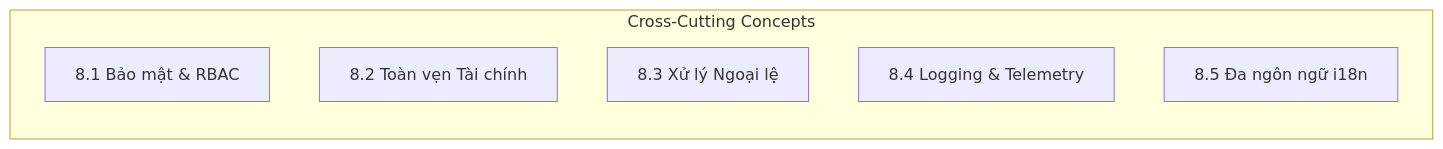
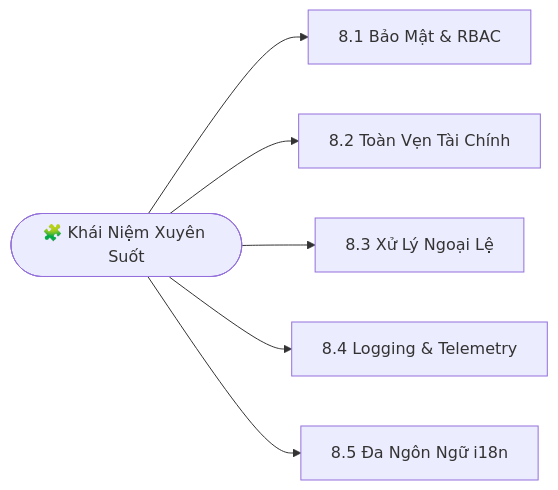
One commit to nhimtjofc/v-erp-lite changed diagram 12 of 14 in docs/ARCHITECTURE_ARC42.md. Above: the diagram before and after it, drawn with Mermaid. The commit also changed other lines of this file, not shown here.

````diff
--- a/docs/ARCHITECTURE_ARC42.md
+++ b/docs/ARCHITECTURE_ARC42.md
@@ -555,10 +576,16 @@
 ```mermaid
-graph LR
-    subgraph CCC ["Cross-Cutting Concepts"]
-        C1[8.1 Bảo mật & RBAC]
-        C2[8.2 Toàn vẹn Tài chính]
-        C3[8.3 Xử lý Ngoại lệ]
-        C4[8.4 Logging & Telemetry]
-        C5[8.5 Đa ngôn ngữ i18n]
-    end
+flowchart LR
+    RootConcept(["🧩 Khái Niệm Xuyên Suốt"])
+
+    C1["8.1 Bảo Mật & RBAC"]
+    C2["8.2 Toàn Vẹn Tài Chính"]
+    C3["8.3 Xử Lý Ngoại Lệ"]
+    C4["8.4 Logging & Telemetry"]
+    C5["8.5 Đa Ngôn Ngữ i18n"]
+
+    RootConcept --> C1
+    RootConcept --> C2
+    RootConcept --> C3
+    RootConcept --> C4
+    RootConcept --> C5
 ```
````
